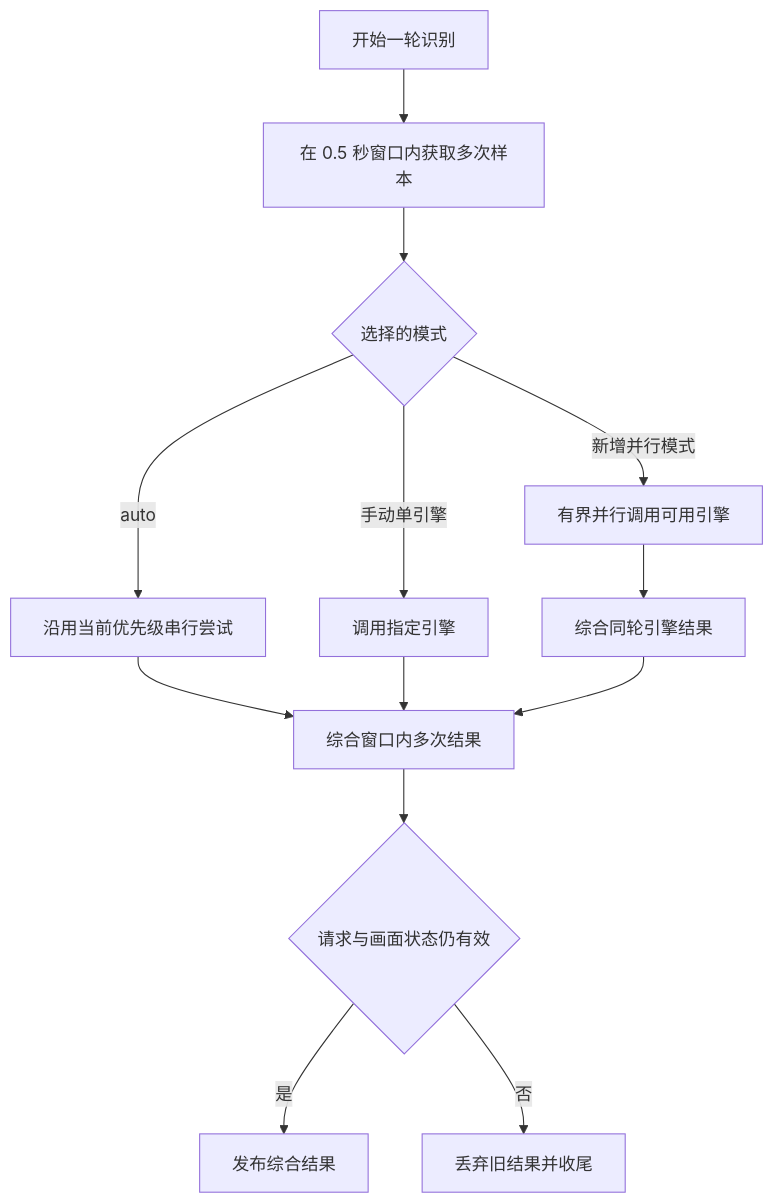
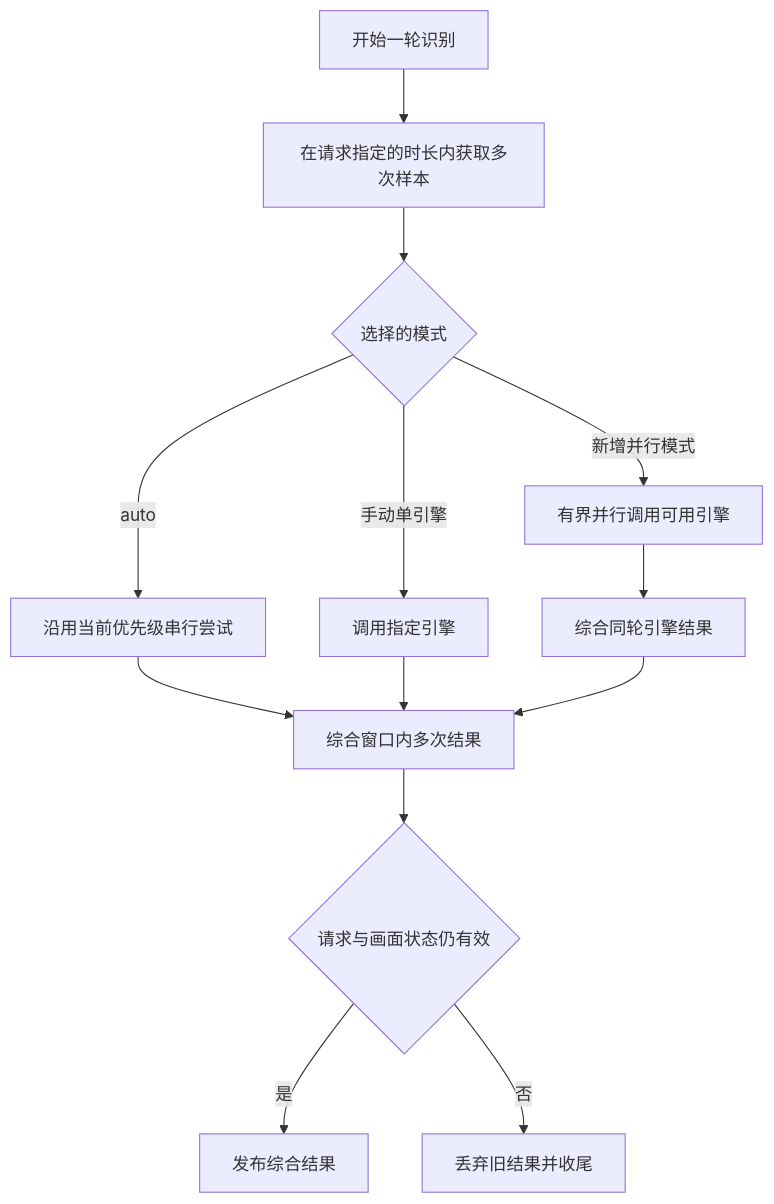
The diagram in docs/versions/v1.28.0-feature/design.md (liuzhuogood/MyWebScrcpy), drawn with Mermaid before and after one commit. The commit also changed other lines of this file and 40 other files, not shown here.

````diff
--- a/docs/versions/v1.28.0-feature/design.md
+++ b/docs/versions/v1.28.0-feature/design.md
@@ -33,15 +41,15 @@
 ```mermaid
 flowchart TD
-    R[开始一轮识别] --> W[在 0.5 秒窗口内获取多次样本]
+    R[开始一轮识别] --> W[在请求指定的时长内获取多次样本]
     W --> M{选择的模式}
     M -->|auto| A[沿用当前优先级串行尝试]
     M -->|手动单引擎| S[调用指定引擎]
     M -->|新增并行模式| P[有界并行调用可用引擎]
     P --> E[综合同轮引擎结果]
     A --> T[综合窗口内多次结果]
     S --> T
     E --> T
     T --> V{请求与画面状态仍有效}
     V -->|是| O[发布综合结果]
     V -->|否| D[丢弃旧结果并收尾]
 ```
````
